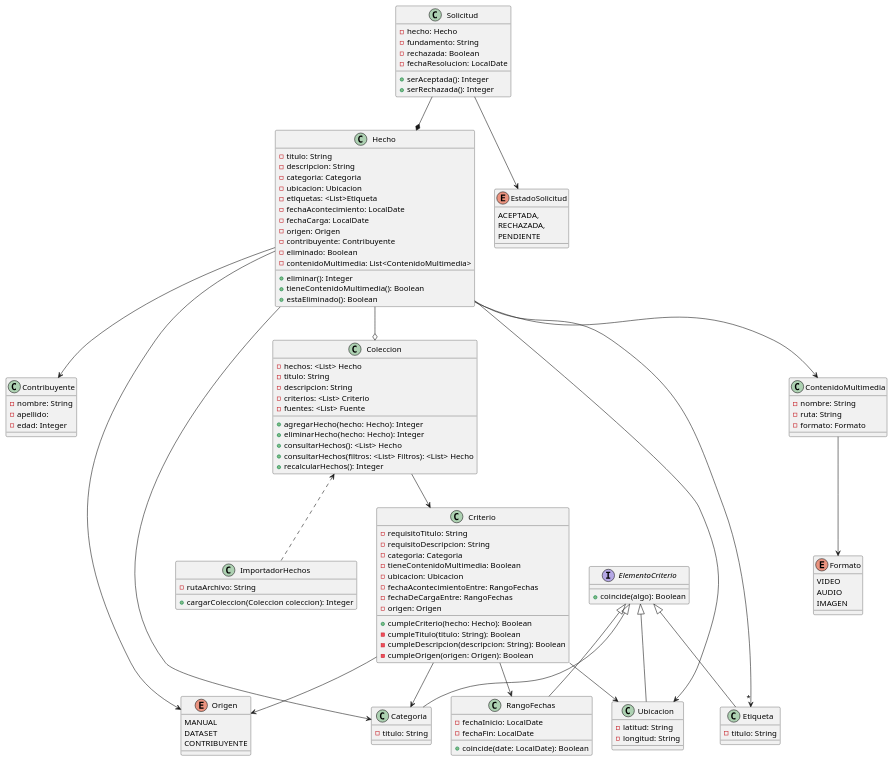
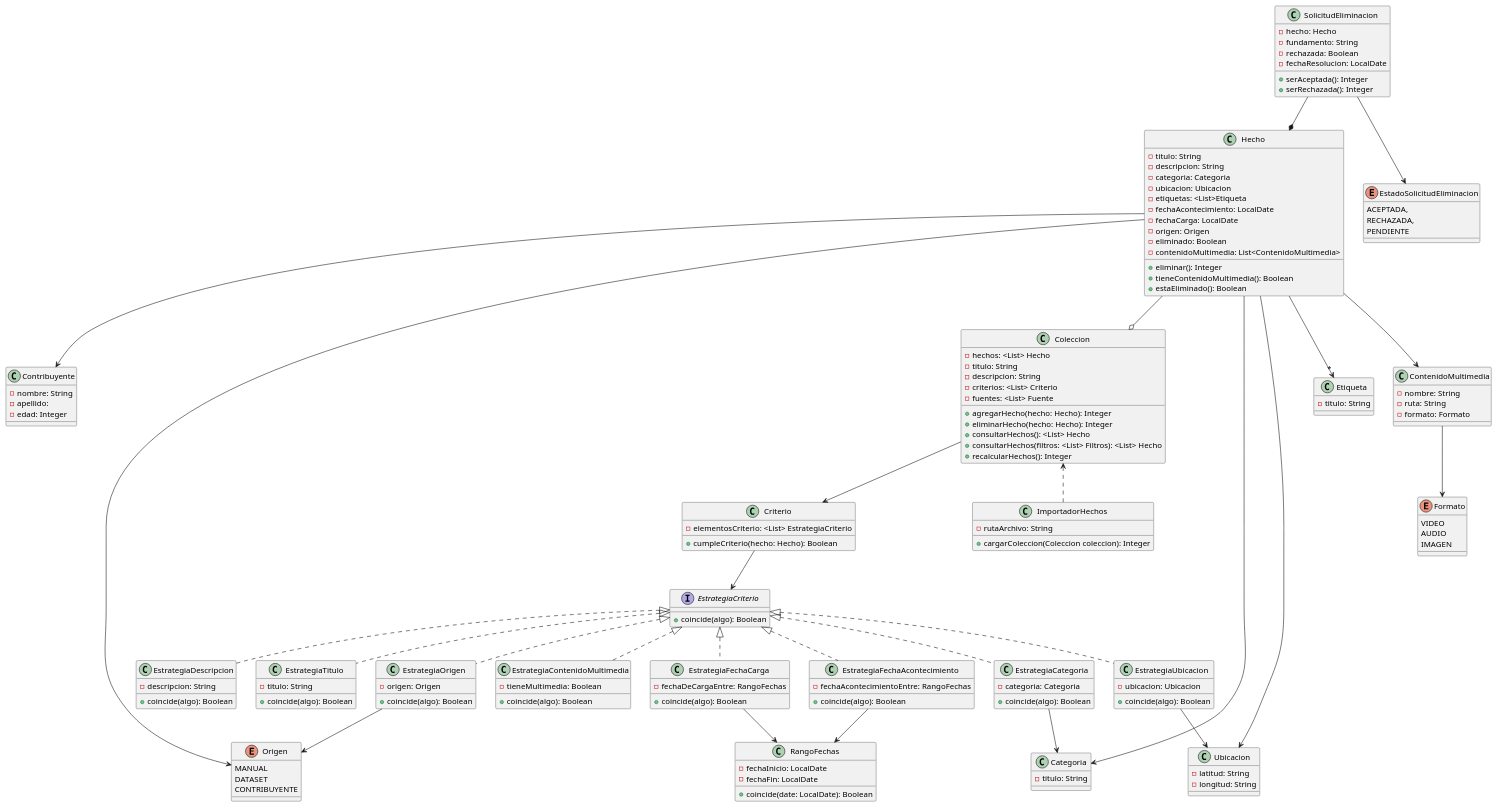
One commit to BrunoRodriguezzz/tp-dsi changed the diagram in DiagramaDeClases-1°Entrega.puml. Above: the diagram before and after it, drawn with PlantUML. The commit also changed 3 other files, not shown here.

Commit message:
Diagrama de clases: Criterios con patron strategy

```diff
--- a/DiagramaDeClases-1°Entrega.puml
+++ b/DiagramaDeClases-1°Entrega.puml
@@ -1,145 +1,184 @@
-@startuml
+    @startuml
 'Hecho
 Hecho --> Contribuyente
 Hecho --> Origen
 Hecho --> Categoria
 Hecho --> Ubicacion
 Hecho -->"*" Etiqueta
 Hecho --o Coleccion
 
-Solicitud --* Hecho
+SolicitudEliminacion --* Hecho
 
 Coleccion --> Criterio
 
 'Criterio
-Criterio --> RangoFechas
-Criterio --> Origen
-Criterio --> Categoria
-Criterio --> Ubicacion
+Criterio --> EstrategiaCriterio
 
-Solicitud --> EstadoSolicitud
+'ElementoCriterio
+EstrategiaCriterio <|.. EstrategiaTitulo
+EstrategiaCriterio <|.. EstrategiaCategoria
+EstrategiaCriterio <|.. EstrategiaContenidoMultimedia
+EstrategiaCriterio <|.. EstrategiaUbicacion
+EstrategiaCriterio <|.. EstrategiaFechaAcontecimiento
+EstrategiaCriterio <|.. EstrategiaFechaCarga
+EstrategiaCriterio <|.. EstrategiaOrigen
+EstrategiaCriterio <|.. EstrategiaDescripcion
 
-'Interface
-ElementoCriterio <|-- Ubicacion
-ElementoCriterio <|-- Categoria
-ElementoCriterio <|-- Etiqueta
-ElementoCriterio <|-- RangoFechas
+'Estrategias
+EstrategiaCategoria --> Categoria
+EstrategiaUbicacion --> Ubicacion
+EstrategiaFechaAcontecimiento --> RangoFechas
+EstrategiaFechaCarga --> RangoFechas
+EstrategiaOrigen --> Origen
+
+SolicitudEliminacion --> EstadoSolicitudEliminacion
 
 ContenidoMultimedia --> Formato
 Hecho --> ContenidoMultimedia
 Coleccion <.. ImportadorHechos
 
 class Contribuyente {
     -nombre: String
     -apellido:
     -edad: Integer
 }
 
-enum EstadoSolicitud {
+enum EstadoSolicitudEliminacion {
     ACEPTADA,
     RECHAZADA,
     PENDIENTE
 }
 
 class ContenidoMultimedia {
     -nombre: String
     -ruta: String
     -formato: Formato
 }
 
 enum Formato {
     VIDEO
     AUDIO
     IMAGEN
 }
 
 class Hecho {
     -titulo: String
     -descripcion: String
     -categoria: Categoria
     -ubicacion: Ubicacion
     -etiquetas: <List>Etiqueta
     -fechaAcontecimiento: LocalDate
     -fechaCarga: LocalDate
     -origen: Origen
-    -contribuyente: Contribuyente
     -eliminado: Boolean
     -contenidoMultimedia: List<ContenidoMultimedia>
     +eliminar(): Integer
     +tieneContenidoMultimedia(): Boolean
     +estaEliminado(): Boolean
 }
 
 class ImportadorHechos {
     -rutaArchivo: String
     +cargarColeccion(Coleccion coleccion): Integer
 }
 
 class Etiqueta {
     -titulo: String
 }
 
 enum Origen {
     MANUAL
     DATASET
     CONTRIBUYENTE
 }
 
 class Categoria {
     -titulo: String
 }
 
 class Ubicacion {
     -latitud: String
     -longitud: String
 }
 
-class Solicitud {
+class SolicitudEliminacion {
     -hecho: Hecho
     -fundamento: String
     -rechazada: Boolean
     -fechaResolucion: LocalDate
     +serAceptada(): Integer
     +serRechazada(): Integer
 }
 
 class Coleccion {
     -hechos: <List> Hecho
     -titulo: String
     -descripcion: String
     -criterios: <List> Criterio
     -fuentes: <List> Fuente
     +agregarHecho(hecho: Hecho): Integer
     +eliminarHecho(hecho: Hecho): Integer
     'Solo para representar overload
     +consultarHechos(): <List> Hecho
     +consultarHechos(filtros: <List> Filtros): <List> Hecho
     +recalcularHechos(): Integer
 
 }
 
 class Criterio{
-    -requisitoTitulo: String
-    -requisitoDescripcion: String
-    -categoria: Categoria
-    -tieneContenidoMultimedia: Boolean
-    -ubicacion: Ubicacion
-    -fechaAcontecimientoEntre: RangoFechas
-    -fechaDeCargaEntre: RangoFechas
-    -origen: Origen
+    -elementosCriterio: <List> EstrategiaCriterio
+
     +cumpleCriterio(hecho: Hecho): Boolean
-    -cumpleTitulo(titulo: String): Boolean
-    -cumpleDescripcion(descripcion: String): Boolean
-    -cumpleOrigen(origen: Origen): Boolean
 }
 
 class RangoFechas {
     -fechaInicio: LocalDate
     -fechaFin: LocalDate
     +coincide(date: LocalDate): Boolean
 }
 
-interface ElementoCriterio{
+interface EstrategiaCriterio{
     +coincide(algo): Boolean
 }
+
+class EstrategiaTitulo{
+    -titulo: String
+    +coincide(algo): Boolean
+}
+
+class EstrategiaDescripcion{
+    -descripcion: String
+    +coincide(algo): Boolean
+}
+
+class EstrategiaOrigen{
+    -origen: Origen
+    +coincide(algo): Boolean
+}
+
+class EstrategiaContenidoMultimedia{
+    -tieneMultimedia: Boolean
+    +coincide(algo): Boolean
+}
+
+class EstrategiaFechaAcontecimiento{
+    -fechaAcontecimientoEntre: RangoFechas
+    +coincide(algo): Boolean
+}
+
+class EstrategiaFechaCarga{
+    -fechaDeCargaEntre: RangoFechas
+    +coincide(algo): Boolean
+}
+
+class EstrategiaCategoria{
+    -categoria: Categoria
+    +coincide(algo): Boolean
+}
+
+class EstrategiaUbicacion{
+    -ubicacion: Ubicacion
+    +coincide(algo): Boolean
+}
+
 @enduml
```
